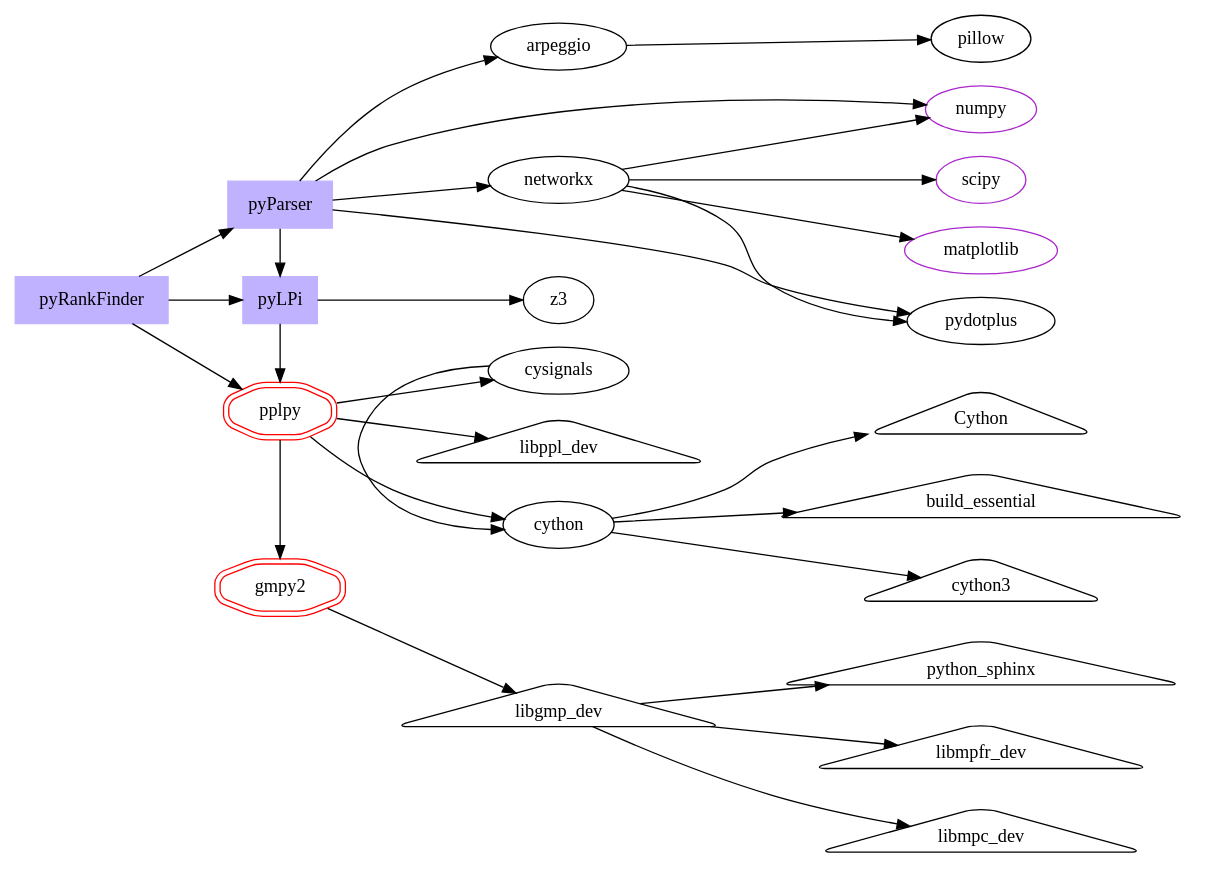
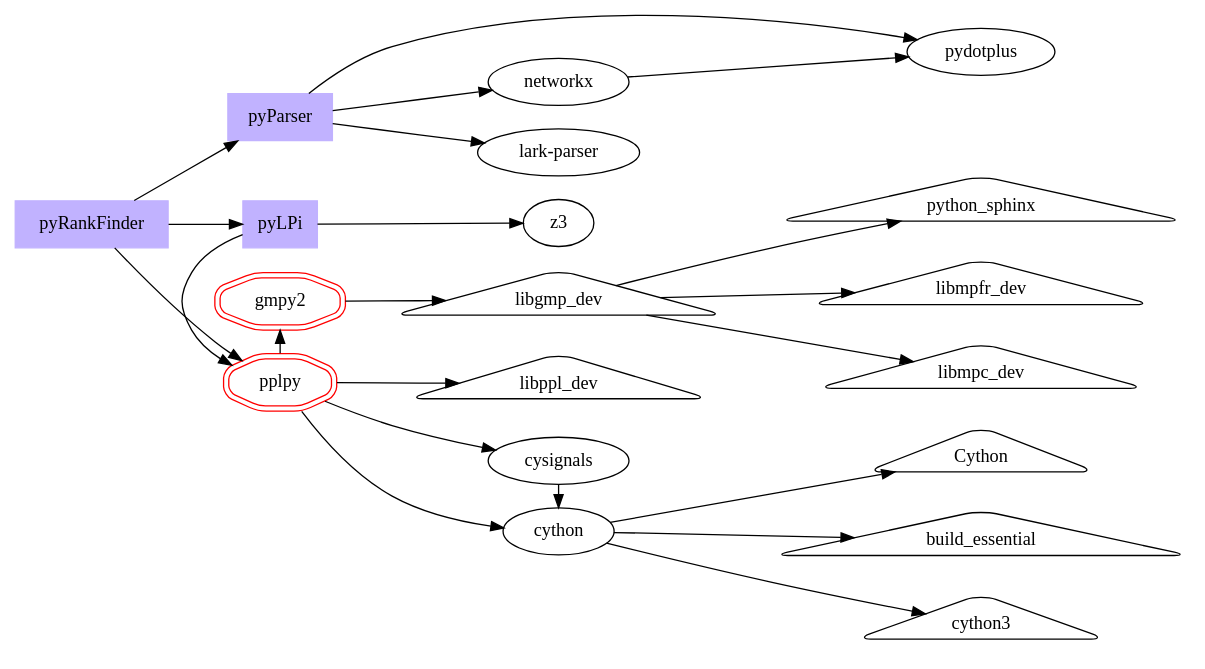
The diagram in dependencies.dot (jesusjda/pyRankFinder), drawn with Graphviz before and after one commit. The commit also changed 2 other files, not shown here.

```diff
--- a/dependencies.dot
+++ b/dependencies.dot
@@ -1,76 +1,65 @@
 digraph dependencies {
 	
 	rankdir=LR;
 	/* My Modules */
 	node [shape=box,style=filled,color=".7 .3 1.0"];
 	pyRankFinder;
 	pyLPi;
 	pyParser;
 	/* Python Modules */
 	node [shape=ellipse,style=rounded,color="black"];
-	arpeggio;
+	"lark-parser";
 	pydotplus;
 	networkx;
 	cysignals;
 	z3;
 	cython;
-	pillow;
-	node [shape=ellipse,style=rounded,color=".8 .8 .8"];
-	numpy;
-	matplotlib;
-	scipy;
 	// Special Python Modules 
 	node [shape=doubleoctagon,style=rounded,color="red"];
 	gmpy2;
 	pplpy;
 
 	// linux packages
 
 	node [shape=triangle,style=rounded,color="black"];
 	build_essential;
 	cython3;
 	Cython;
 	libmpfr_dev;
 	libmpc_dev;
 	python_sphinx;
 	libppl_dev;
 	libgmp_dev;
 		
 
 	/* DEPENDENCIES */
 	pyRankFinder -> pplpy;
 	pyRankFinder -> pyParser;
 	pyRankFinder -> pyLPi;
 
 	// pyParser
-	pyParser -> pyLPi;
-	pyParser -> arpeggio;
-	arpeggio -> pillow;
+	pyParser -> "lark-parser";
 	pyParser -> pydotplus;
 	pyParser -> networkx;
-	pyParser -> numpy;
-	networkx -> numpy;
-	networkx -> matplotlib;
 	networkx -> pydotplus;
-	networkx -> scipy;
 	
 	// pyLPi
 	pyLPi -> pplpy;
 	pyLPi -> z3;
 	pplpy -> libppl_dev;
 	pplpy -> cython;
 	pplpy -> cysignals;
 	cysignals -> cython;
 	cython -> build_essential;
 	cython -> Cython;
 	cython -> cython3;
 	pplpy -> gmpy2;
 	gmpy2 -> libgmp_dev;
 	libgmp_dev -> libmpfr_dev;
 	libgmp_dev -> libmpc_dev;
 	libgmp_dev -> python_sphinx;
 	{ rank=same; pyParser pyLPi pplpy gmpy2 }
 	{ rank=same; cysignals cython libppl_dev}
 		
 
 }
```
